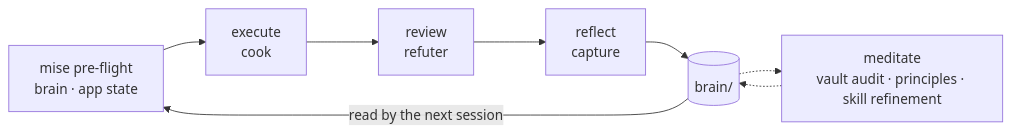
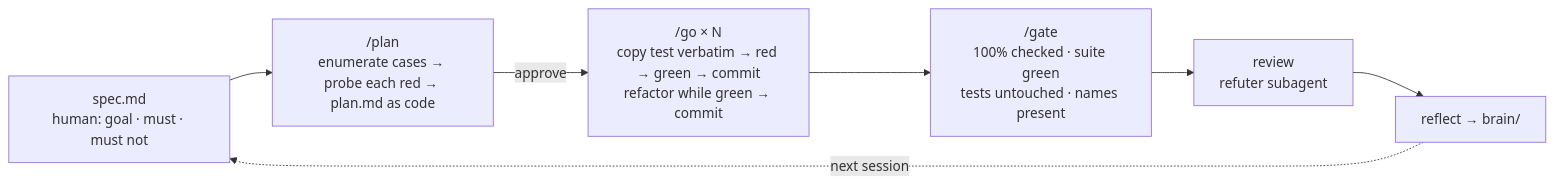
Before and after one commit to team-poem/sobaya: the diagram in README.md, drawn with Mermaid. The commit also changed other lines of this file and 3 other files, not shown here.

````diff
--- a/README.md
+++ b/README.md
@@ -41,10 +27,9 @@
 ```mermaid
 flowchart LR
-    P["mise pre-flight<br>brain · app state"] --> E["execute<br>cook"]
-    E --> R["review<br>refuter"]
-    R --> F["reflect<br>capture"]
-    F --> B[("brain/")]
-    B -- "read by the next session" --> P
-    B -.-> M["meditate<br>vault audit · principles · skill refinement"]
-    M -.-> B
+    S["spec.md<br>human: goal · must · must not"] --> P["/plan<br>enumerate cases → probe each red → plan.md as code"]
+    P -- approve --> G["/go × N<br>copy test verbatim → red → green → commit<br>refactor while green → commit"]
+    G --> T["/gate<br>100% checked · suite green<br>tests untouched · names present"]
+    T --> R["review<br>refuter subagent"]
+    R --> F["reflect → brain/"]
+    F -. next session .-> S
 ```
````
